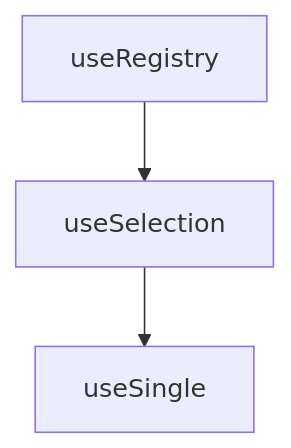
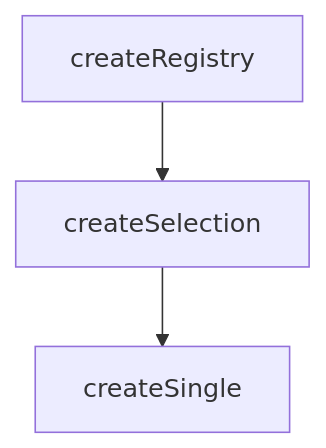
The diagram in apps/docs/src/pages/composables/selection/create-single.md (vuetifyjs/0), drawn with Mermaid before and after one commit. The commit also changed other lines of this file and 33 other files, not shown here.

````diff
--- a/apps/docs/src/pages/composables/selection/create-single.md
+++ b/apps/docs/src/pages/composables/selection/create-single.md
@@ -52,5 +52,5 @@
 ```mermaid "Single Selection Hierarchy"
 flowchart TD
-  useRegistry --> useSelection
-  useSelection --> useSingle
+  createRegistry --> createSelection
+  createSelection --> createSingle
 ```
````
